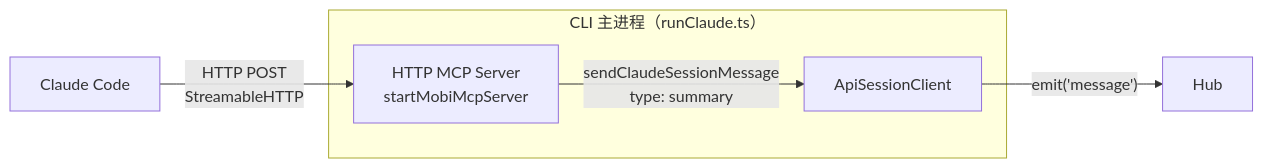
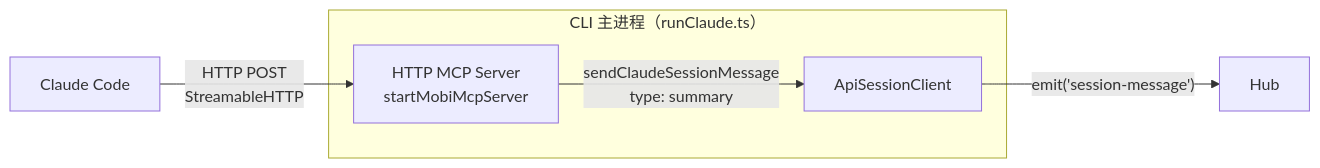
Before and after one commit to ModuBit/mobi: the first of 4 diagrams in docs/architecture/cli/commands/mcp/README.md, drawn with Mermaid. The commit also changed other lines of this file and 42 other files, not shown here.

````diff
--- a/docs/architecture/cli/commands/mcp/README.md
+++ b/docs/architecture/cli/commands/mcp/README.md
@@ -11,11 +11,11 @@
 ```mermaid
 flowchart LR
     Claude["Claude Code"] -->|"HTTP POST<br/>StreamableHTTP"| HTTP["HTTP MCP Server<br/>startMobiMcpServer"]
     HTTP -->|"sendClaudeSessionMessage<br/>type: summary"| Session["ApiSessionClient"]
-    Session -->|"emit('message')"| Hub["Hub"]
+    Session -->|"emit('session-message')"| Hub["Hub"]
 
     subgraph "CLI 主进程（runClaude.ts）"
         HTTP
         Session
     end
 ```
````
